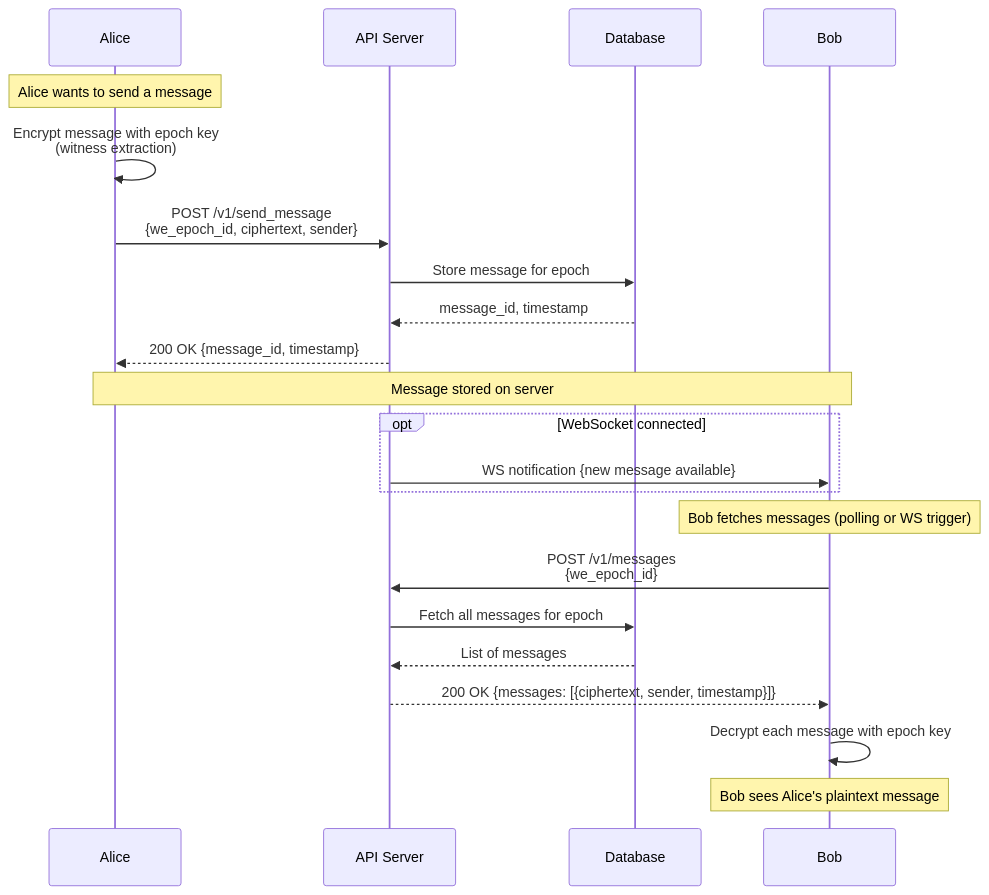
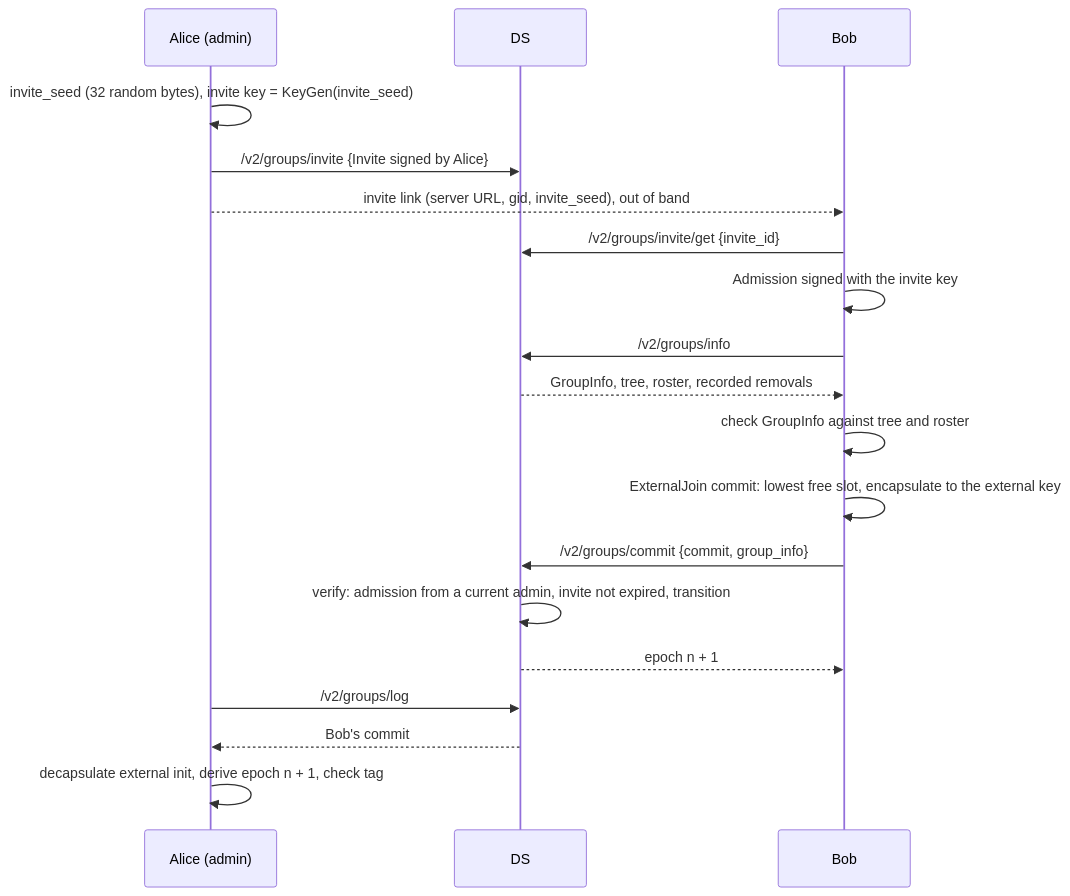
The second of 7 diagrams in docs/workflows.md (pwnsdx/cityg), drawn with Mermaid before and after one commit. The commit also changed other lines of this file and 102 other files, not shown here.

````diff
--- a/docs/workflows.md
+++ b/docs/workflows.md
@@ -249,31 +27,21 @@
 ```mermaid
 sequenceDiagram
-    participant Alice
-    participant API Server
-    participant Database
-    participant Bob
-
-    Note over Alice: Alice wants to send a message
-
-    Alice->>Alice: Encrypt message with epoch key<br/>(witness extraction)
-    Alice->>API Server: POST /v1/send_message<br/>{we_epoch_id, ciphertext, sender}
-    API Server->>Database: Store message for epoch
-    Database-->>API Server: message_id, timestamp
-    API Server-->>Alice: 200 OK {message_id, timestamp}
-
-    Note over Alice,Bob: Message stored on server
-
-    opt WebSocket connected
-        API Server->>Bob: WS notification {new message available}
-    end
-
-    Note over Bob: Bob fetches messages (polling or WS trigger)
-
-    Bob->>API Server: POST /v1/messages<br/>{we_epoch_id}
-    API Server->>Database: Fetch all messages for epoch
-    Database-->>API Server: List of messages
-    API Server-->>Bob: 200 OK {messages: [{ciphertext, sender, timestamp}]}
-
-    Bob->>Bob: Decrypt each message with epoch key
-    Note over Bob: Bob sees Alice's plaintext message
+    participant A as Alice (admin)
+    participant DS
+    participant B as Bob
+    A->>A: invite_seed (32 random bytes), invite key = KeyGen(invite_seed)
+    A->>DS: /v2/groups/invite {Invite signed by Alice}
+    A-->>B: invite link (server URL, gid, invite_seed), out of band
+    B->>DS: /v2/groups/invite/get {invite_id}
+    B->>B: Admission signed with the invite key
+    B->>DS: /v2/groups/info
+    DS-->>B: GroupInfo, tree, roster, recorded removals
+    B->>B: check GroupInfo against tree and roster
+    B->>B: ExternalJoin commit: lowest free slot, encapsulate to the external key
+    B->>DS: /v2/groups/commit {commit, group_info}
+    DS->>DS: verify: admission from a current admin, invite not expired, transition
+    DS-->>B: epoch n + 1
+    A->>DS: /v2/groups/log
+    DS-->>A: Bob's commit
+    A->>A: decapsulate external init, derive epoch n + 1, check tag
 ```
````
